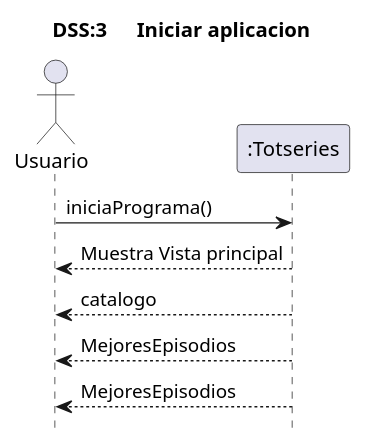
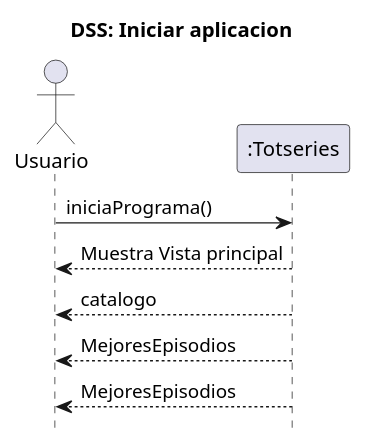
One commit to MrViciao/TotSeries changed the diagram in src/totseries/Uml/Sistema/Diagrama de Sistema IniciarAplicacion.puml. Above: the diagram before and after it, drawn with PlantUML. The commit also changed 8 other files, not shown here.

```diff
--- a/src/totseries/Uml/Sistema/Diagrama de Sistema IniciarAplicacion.puml
+++ b/src/totseries/Uml/Sistema/Diagrama de Sistema IniciarAplicacion.puml
@@ -1,14 +1,14 @@
 @startuml
-title	DSS:3	Iniciar aplicacion
+title	DSS: Iniciar aplicacion
 
 hide	footbox
 
 actor	Usuario	as	user
 participant ":Totseries" as TotSeries
 
 user	->	TotSeries:iniciaPrograma()
 TotSeries --> user :Muestra Vista principal
 TotSeries --> user :catalogo
 TotSeries --> user :MejoresEpisodios
 TotSeries --> user :MejoresEpisodios
 @enduml
```
